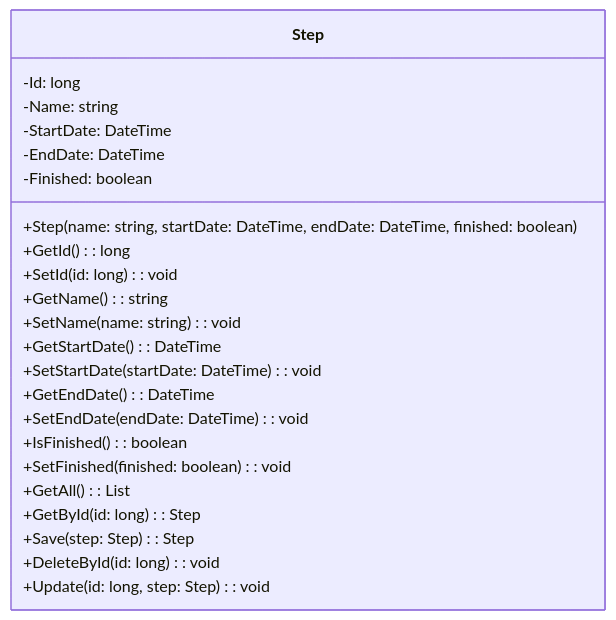
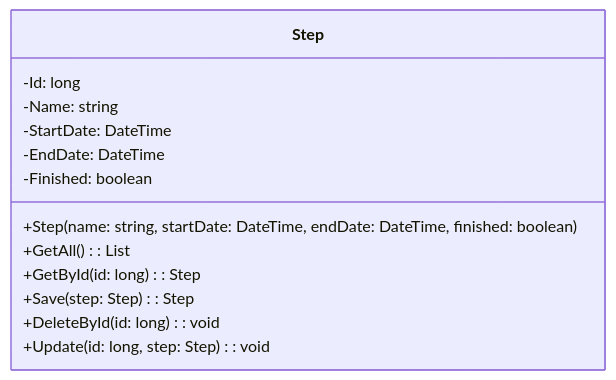
The seventh of 17 diagrams in Classes.md (AndreLucas0/diagrama-de-classes-projeto-integrador), drawn with Mermaid before and after one commit. The commit also changed other lines of this file, not shown here.

Commit message:
diagrama de classes sem relacoes finalizado

````diff
--- a/Classes.md
+++ b/Classes.md
@@ -105,26 +83,16 @@
 ```mermaid
 classDiagram
     class Step {
         -Id: long
         -Name: string
         -StartDate: DateTime
         -EndDate: DateTime
         -Finished: boolean
         +Step (name: string, startDate: DateTime, endDate: DateTime, finished: boolean)
-        +GetId (): long
-        +SetId (id: long): void
-        +GetName (): string
-        +SetName (name: string): void
-        +GetStartDate (): DateTime
-        +SetStartDate (startDate: DateTime): void
-        +GetEndDate (): DateTime
-        +SetEndDate (endDate: DateTime): void
-        +IsFinished (): boolean
-        +SetFinished (finished: boolean): void
         +GetAll (): List<Step>
         +GetById (id: long): Step
         +Save (step: Step): Step
         +DeleteById (id: long): void
         +Update (id: long, step: Step): void
     }
 ```
````
